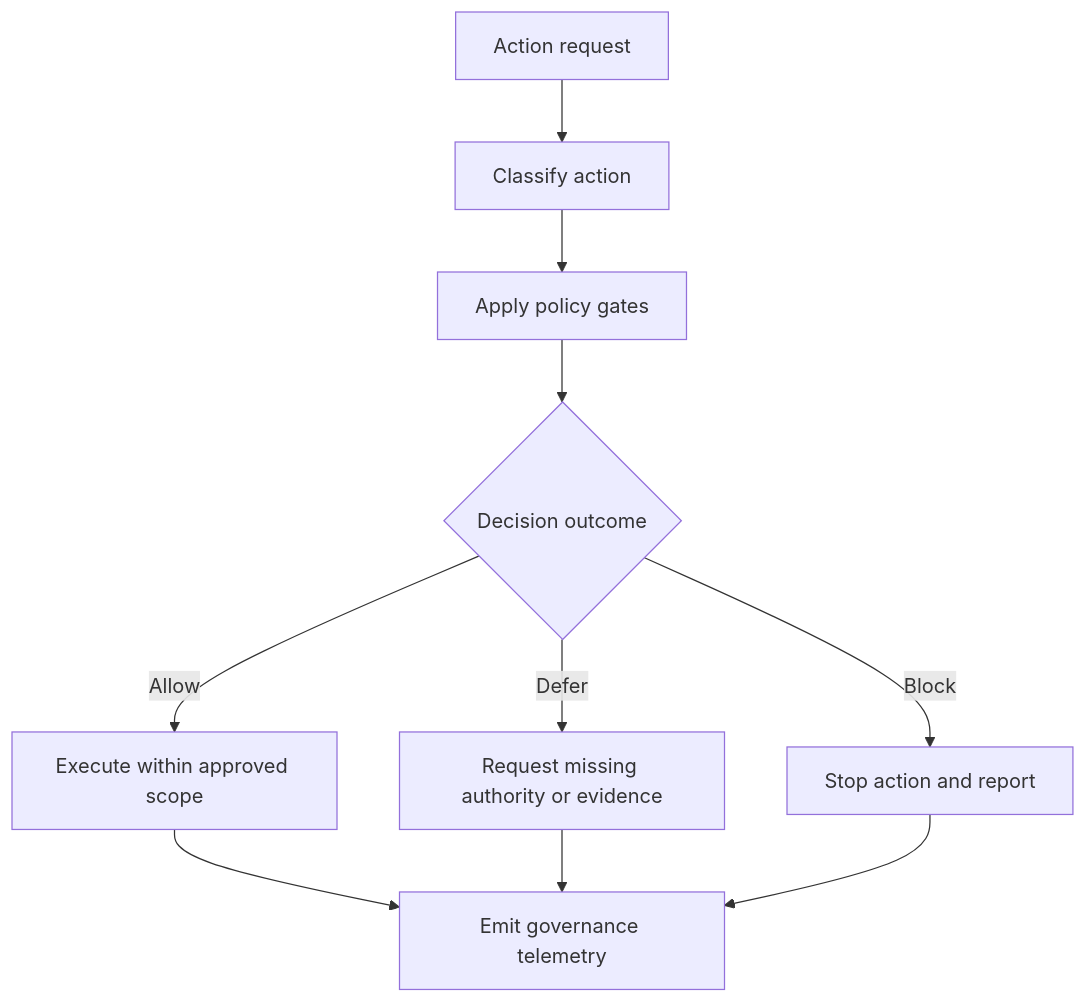
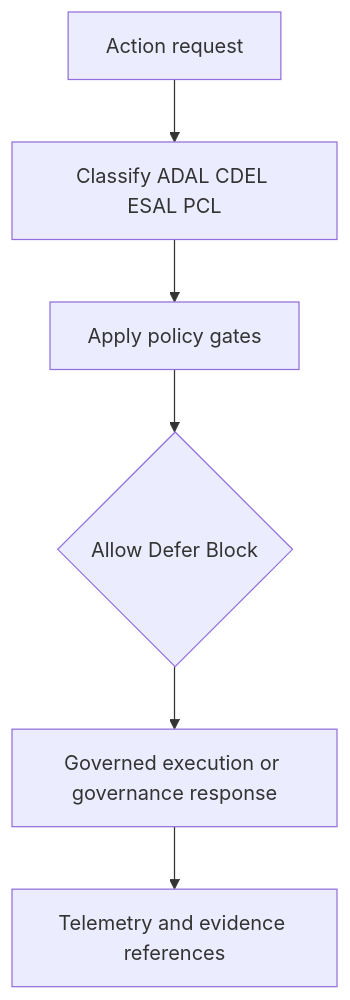
The first of 4 diagrams in docs/architecture.md (oscar26aiagent-creator/yellow-control), drawn with Mermaid before and after one commit. The commit also changed other lines of this file and 2 other files, not shown here.

Commit message:
Expand README and architecture for narrowed Yellow-Control scope

````diff
--- a/docs/architecture.md
+++ b/docs/architecture.md
@@ -7,12 +11,8 @@
 ```mermaid
 flowchart TD
-  A[Action request] --> B[Classify action]
+  A[Action request] --> B[Classify ADAL CDEL ESAL PCL]
   B --> C[Apply policy gates]
-  C --> D{Decision outcome}
-  D -->|Allow| E[Execute within approved scope]
-  D -->|Defer| F[Request missing authority or evidence]
-  D -->|Block| G[Stop action and report]
-  E --> H[Emit governance telemetry]
-  F --> H
-  G --> H
+  C --> D{Allow Defer Block}
+  D --> E[Governed execution or governance response]
+  E --> F[Telemetry and evidence references]
 ```
````
